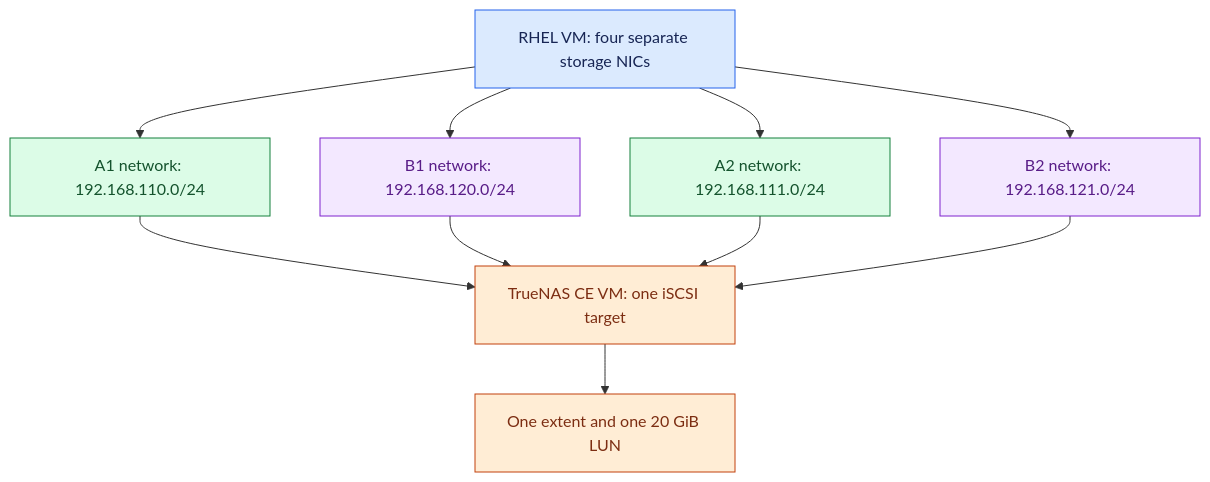
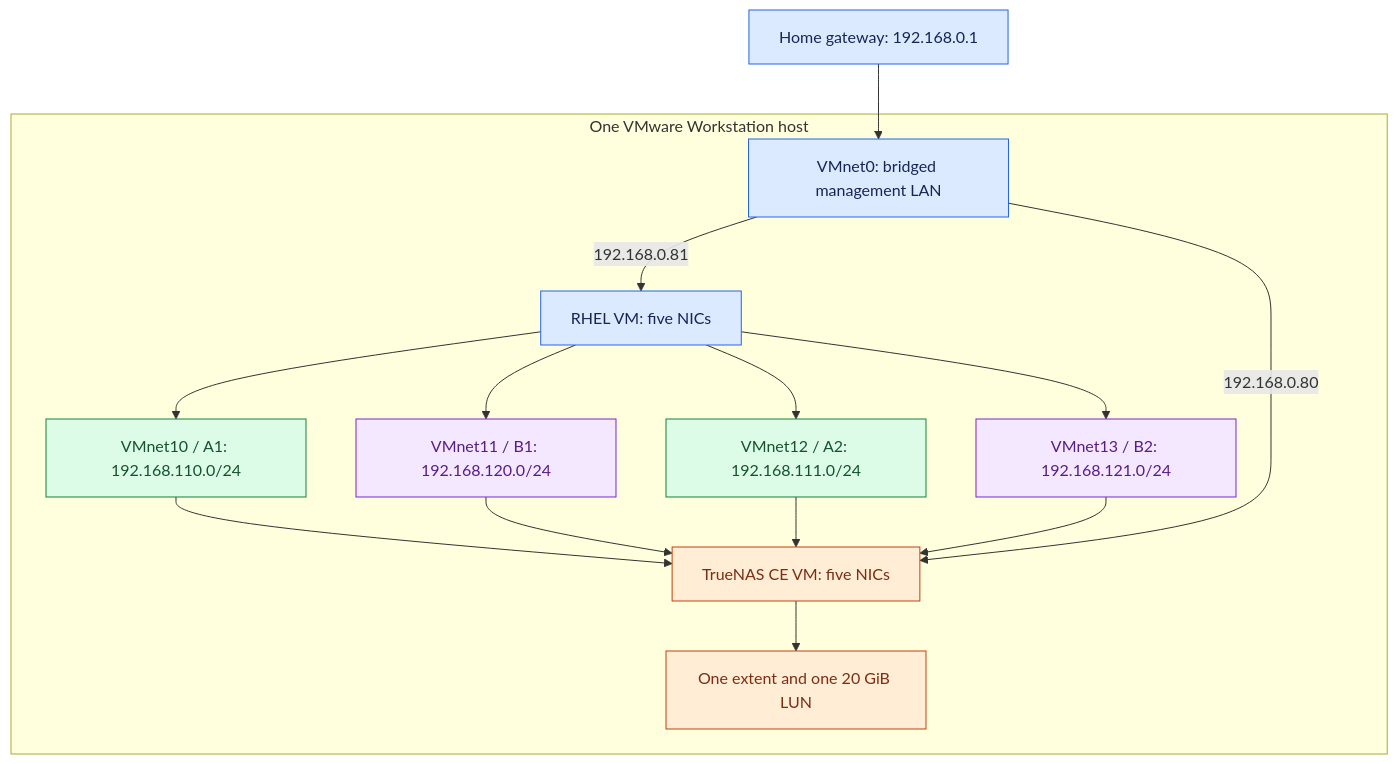
Before and after one commit to openhelpdevops/Redhat_Linux_Core: the second of 3 diagrams in TrueNAS-RHEL9-SAN-Multipath-Guide.md, drawn with Mermaid. The commit also changed other lines of this file, not shown here.

````diff
--- a/TrueNAS-RHEL9-SAN-Multipath-Guide.md
+++ b/TrueNAS-RHEL9-SAN-Multipath-Guide.md
@@ -156,23 +178,30 @@
 ```mermaid
 flowchart TB
-    R["RHEL VM: four separate storage NICs"]
-    A1["A1 network: 192.168.110.0/24"]
-    B1["B1 network: 192.168.120.0/24"]
-    A2["A2 network: 192.168.111.0/24"]
-    B2["B2 network: 192.168.121.0/24"]
-    T["TrueNAS CE VM: one iSCSI target"]
+    G["Home gateway: 192.168.0.1"]
+    subgraph W["One VMware Workstation host"]
+    V0["VMnet0: bridged management LAN"]
+    R["RHEL VM: five NICs"]
+    A1["VMnet10 / A1: 192.168.110.0/24"]
+    B1["VMnet11 / B1: 192.168.120.0/24"]
+    A2["VMnet12 / A2: 192.168.111.0/24"]
+    B2["VMnet13 / B2: 192.168.121.0/24"]
+    T["TrueNAS CE VM: five NICs"]
     L["One extent and one 20 GiB LUN"]
     R --> A1 --> T
     R --> B1 --> T
     R --> A2 --> T
     R --> B2 --> T
     T --> L
+    V0 -->|"192.168.0.81"| R
+    V0 -->|"192.168.0.80"| T
+    end
+    G --> V0
     classDef host fill:#dbeafe,stroke:#2563eb,color:#172554;
     classDef a fill:#dcfce7,stroke:#15803d,color:#14532d;
     classDef b fill:#f3e8ff,stroke:#7e22ce,color:#581c87;
     classDef disk fill:#ffedd5,stroke:#c2410c,color:#7c2d12;
-    class R host;
+    class G,V0,R host;
     class A1,A2 a;
     class B1,B2 b;
     class T,L disk;
 ```
````
